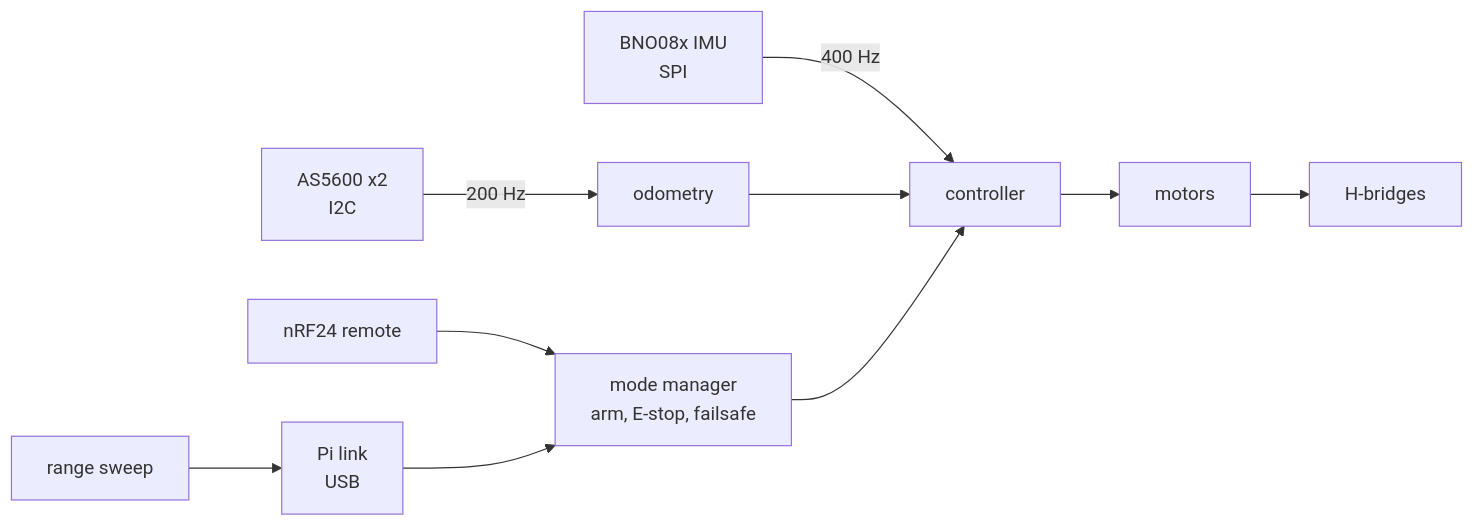
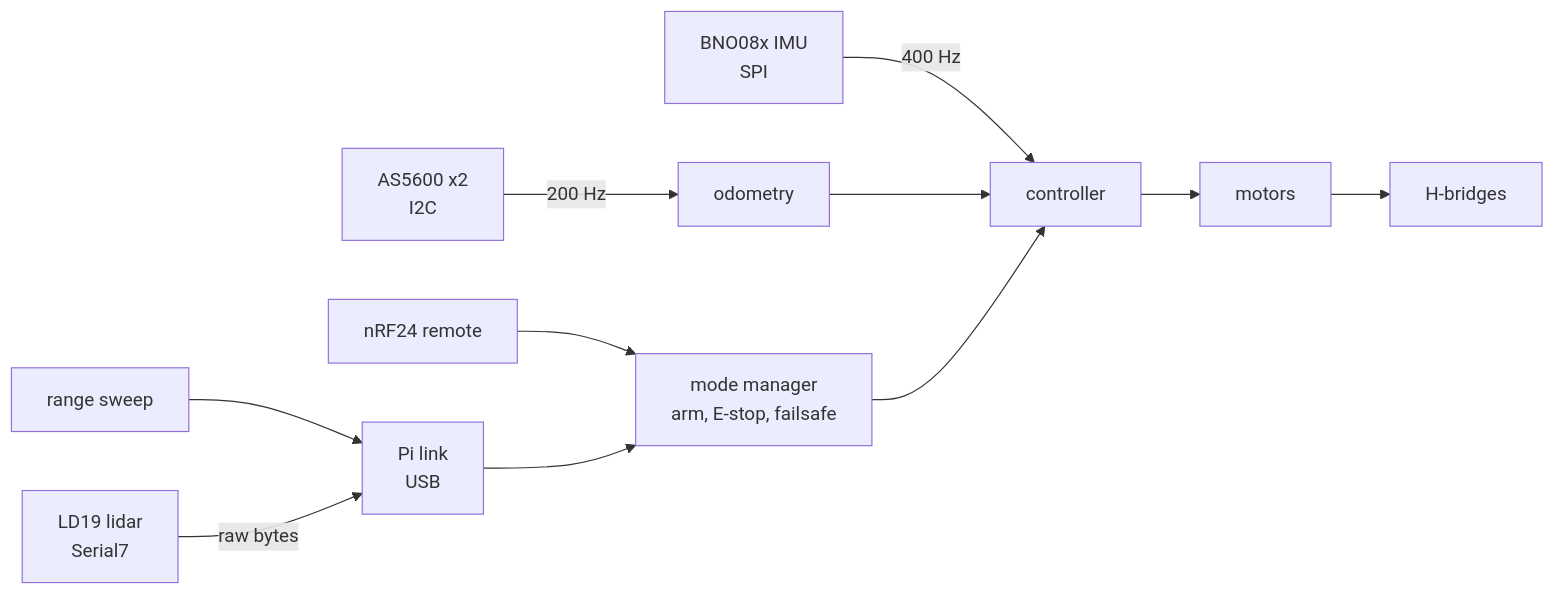
The diagram in docs/firmware.md (nespotts/self_balancing_robot_3), drawn with Mermaid before and after one commit. The commit also changed other lines of this file and 22 other files, not shown here.

````diff
--- a/docs/firmware.md
+++ b/docs/firmware.md
@@ -3,9 +3,10 @@
 ```mermaid
 flowchart LR
   IMU[BNO08x IMU<br>SPI] -- 400 Hz --> C[controller]
   ENC[AS5600 x2<br>I2C] -- 200 Hz --> O[odometry] --> C
   C --> M[motors] --> H[H-bridges]
   R[nRF24 remote] --> MM[mode manager<br>arm, E-stop, failsafe]
   P[Pi link<br>USB] --> MM --> C
   RNG[range sweep] --> P
+  L[LD19 lidar<br>Serial7] -- raw bytes --> P
 ```
````
